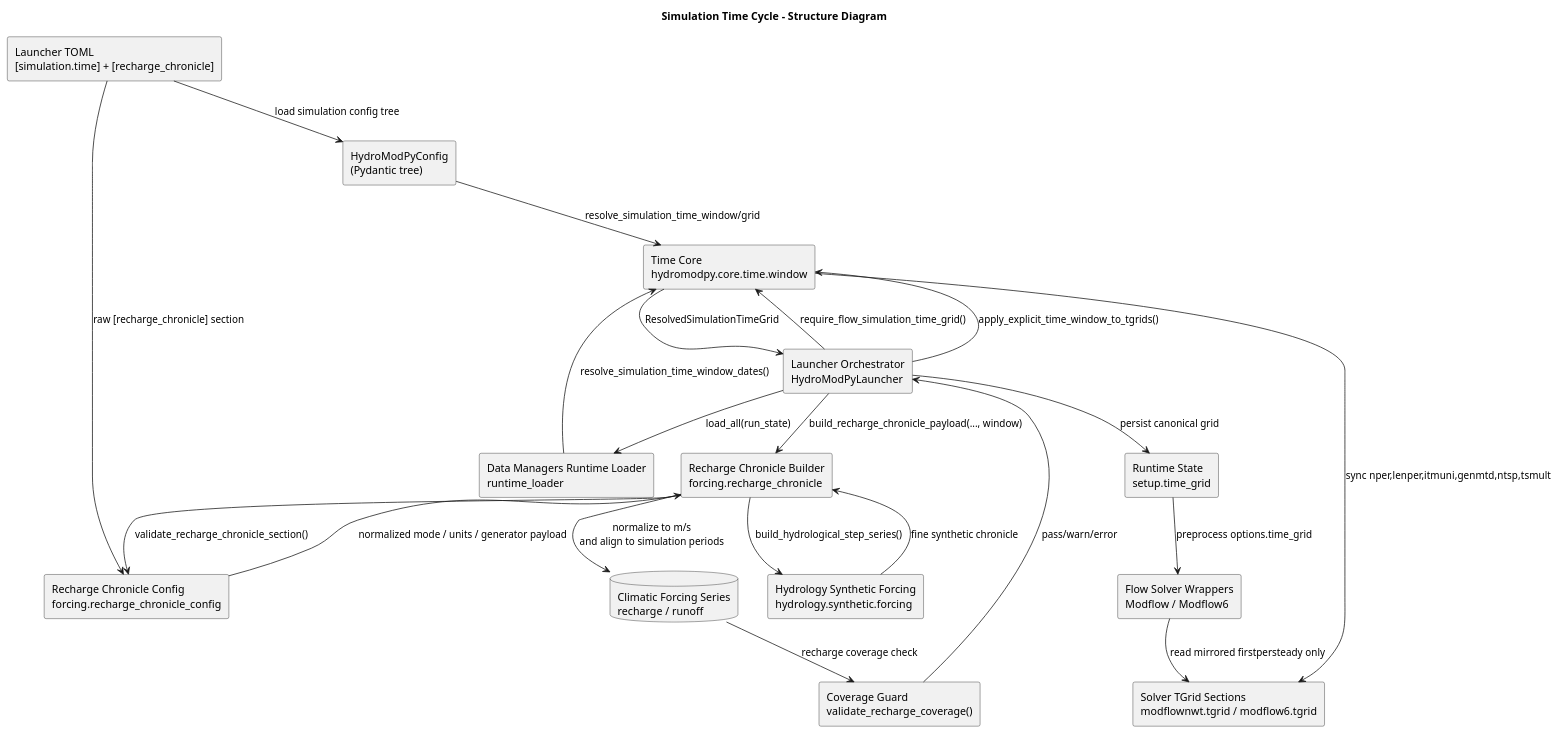
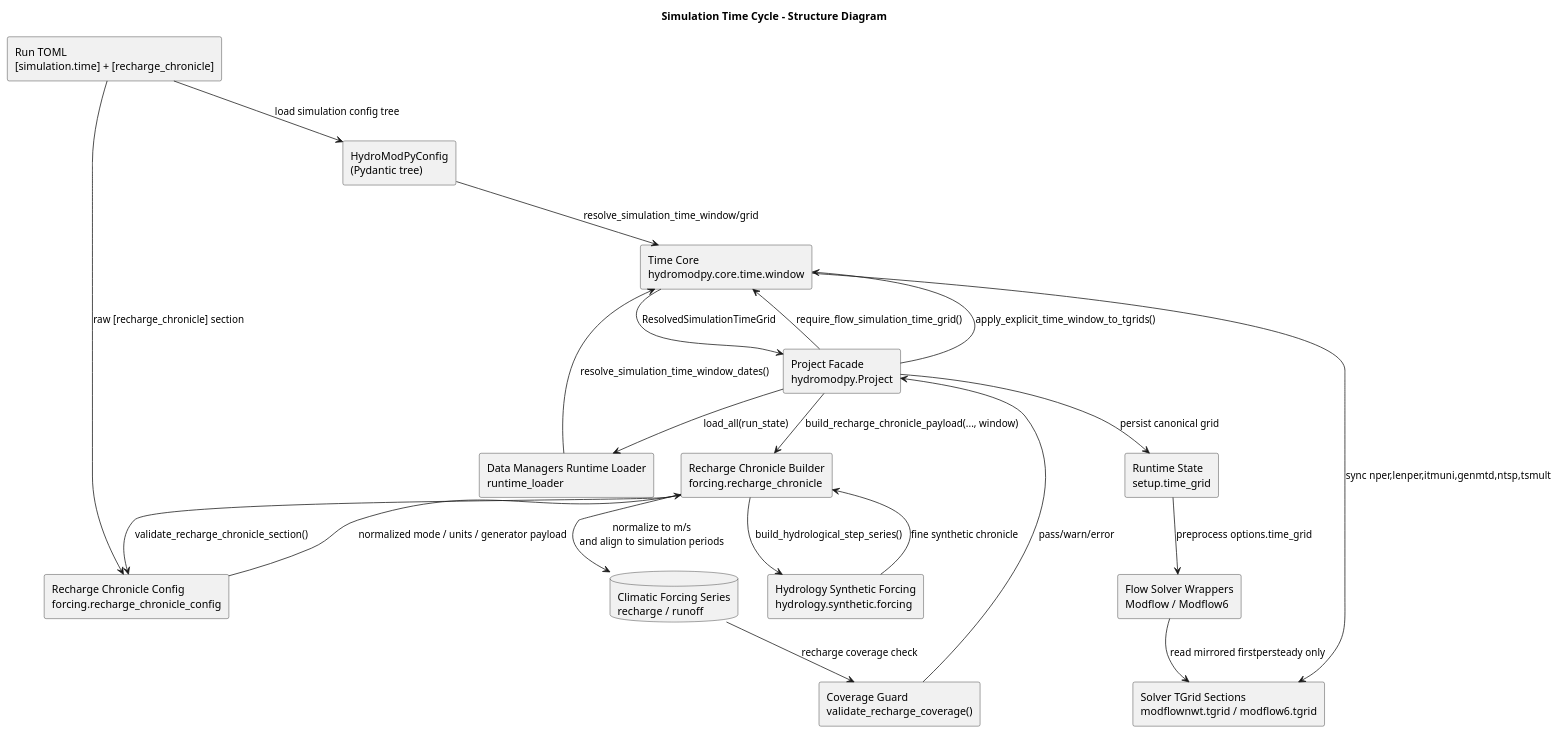
The diagram in docs/readthedocs/source/architecture/simulation/diagrams/simulation_time_cycle_structure.wsd (HydroModPy/HydroModPy), drawn with PlantUML before and after one commit. The commit also changed 10 other files, not shown here.

Commit message:
[docs] - migrate simulation orchestration from launcher to project facade

```diff
--- a/docs/readthedocs/source/architecture/simulation/diagrams/simulation_time_cycle_structure.wsd
+++ b/docs/readthedocs/source/architecture/simulation/diagrams/simulation_time_cycle_structure.wsd
@@ -1,44 +1,44 @@
 @startuml
 title Simulation Time Cycle - Structure Diagram
 skinparam componentStyle rectangle
 
-component "Launcher TOML\n[simulation.time] + [recharge_chronicle]" as LauncherToml
+component "Run TOML\n[simulation.time] + [recharge_chronicle]" as RunToml
 component "HydroModPyConfig\n(Pydantic tree)" as TypedConfig
 component "Time Core\nhydromodpy.core.time.window" as TimeCore
-component "Launcher Orchestrator\nHydroModPyLauncher" as Launcher
+component "Project Facade\nhydromodpy.Project" as Project
 component "Runtime State\nsetup.time_grid" as RuntimeState
 component "Solver TGrid Sections\nmodflownwt.tgrid / modflow6.tgrid" as SolverTgrid
 component "Data Managers Runtime Loader\nruntime_loader" as DataLoader
 component "Recharge Chronicle Config\nforcing.recharge_chronicle_config" as RechargeConfig
 component "Recharge Chronicle Builder\nforcing.recharge_chronicle" as RechargeBuilder
 component "Hydrology Synthetic Forcing\nhydrology.synthetic.forcing" as HydroForcing
 component "Coverage Guard\nvalidate_recharge_coverage()" as CoverageGuard
 component "Flow Solver Wrappers\nModflow / Modflow6" as FlowSolvers
 database "Climatic Forcing Series\nrecharge / runoff" as ForcingSeries
 
-LauncherToml --> TypedConfig : load simulation config tree
+RunToml --> TypedConfig : load simulation config tree
 TypedConfig --> TimeCore : resolve_simulation_time_window/grid
 
-TimeCore --> Launcher : ResolvedSimulationTimeGrid
-Launcher --> TimeCore : require_flow_simulation_time_grid()
-Launcher --> RuntimeState : persist canonical grid
+TimeCore --> Project : ResolvedSimulationTimeGrid
+Project --> TimeCore : require_flow_simulation_time_grid()
+Project --> RuntimeState : persist canonical grid
 
-Launcher --> TimeCore : apply_explicit_time_window_to_tgrids()
+Project --> TimeCore : apply_explicit_time_window_to_tgrids()
 TimeCore --> SolverTgrid : sync nper,lenper,itmuni,genmtd,ntsp,tsmult
 
-Launcher --> DataLoader : load_all(run_state)
+Project --> DataLoader : load_all(run_state)
 DataLoader --> TimeCore : resolve_simulation_time_window_dates()
 
-Launcher --> RechargeBuilder : build_recharge_chronicle_payload(..., window)
-LauncherToml --> RechargeConfig : raw [recharge_chronicle] section
+Project --> RechargeBuilder : build_recharge_chronicle_payload(..., window)
+RunToml --> RechargeConfig : raw [recharge_chronicle] section
 RechargeBuilder --> RechargeConfig : validate_recharge_chronicle_section()
 RechargeConfig --> RechargeBuilder : normalized mode / units / generator payload
 RechargeBuilder --> HydroForcing : build_hydrological_step_series()
 HydroForcing --> RechargeBuilder : fine synthetic chronicle
 RechargeBuilder --> ForcingSeries : normalize to m/s\nand align to simulation periods
 ForcingSeries --> CoverageGuard : recharge coverage check
-CoverageGuard --> Launcher : pass/warn/error
+CoverageGuard --> Project : pass/warn/error
 
 RuntimeState --> FlowSolvers : preprocess options.time_grid
 FlowSolvers --> SolverTgrid : read mirrored firstpersteady only
 @enduml
```
